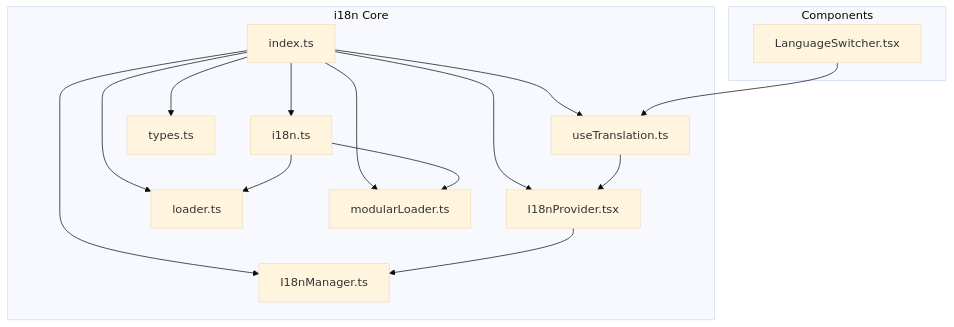
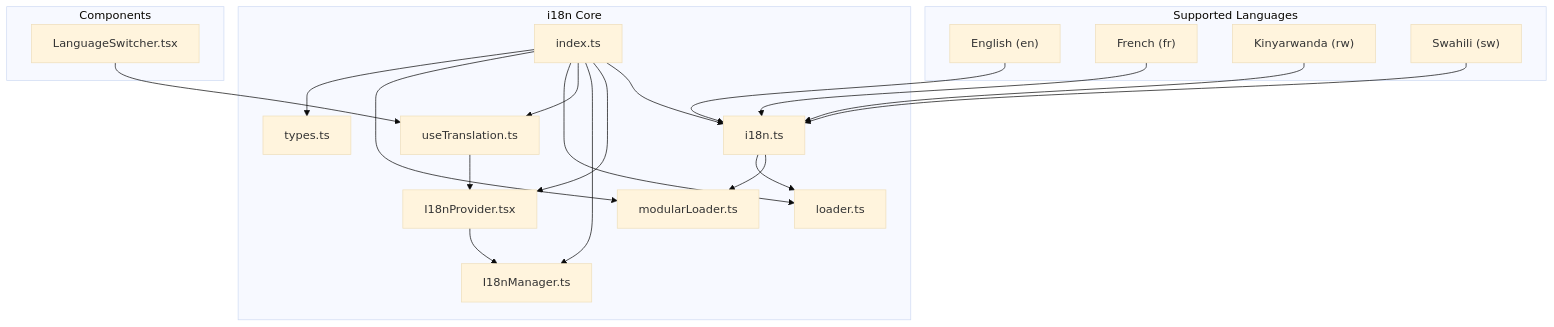
The first of 8 diagrams in .qoder/repowiki/en/content/Internationalization.md (geniusdynamics/schoolpilot), drawn with Mermaid (base theme) before and after one commit. The commit also changed other lines of this file and 21 other files, not shown here.

````diff
--- a/.qoder/repowiki/en/content/Internationalization.md
+++ b/.qoder/repowiki/en/content/Internationalization.md
@@ -36,28 +56,38 @@
 ```mermaid
 graph TB
 subgraph "i18n Core"
 IDX["index.ts"]
 I18N["i18n.ts"]
 IP["I18nProvider.tsx"]
 UM["I18nManager.ts"]
 UT["useTranslation.ts"]
 TL["loader.ts"]
 ML["modularLoader.ts"]
 TP["types.ts"]
 end
 subgraph "Components"
 LS["LanguageSwitcher.tsx"]
 end
+subgraph "Supported Languages"
+EN["English (en)"]
+FR["French (fr)"]
+RW["Kinyarwanda (rw)"]
+SW["Swahili (sw)"]
+end
 IDX --> I18N
 IDX --> IP
 IDX --> UM
 IDX --> UT
 IDX --> TL
 IDX --> ML
 IDX --> TP
 IP --> UM
 UT --> IP
 I18N --> ML
 I18N --> TL
 LS --> UT
+EN --> I18N
+FR --> I18N
+RW --> I18N
+SW --> I18N
 ```
````
